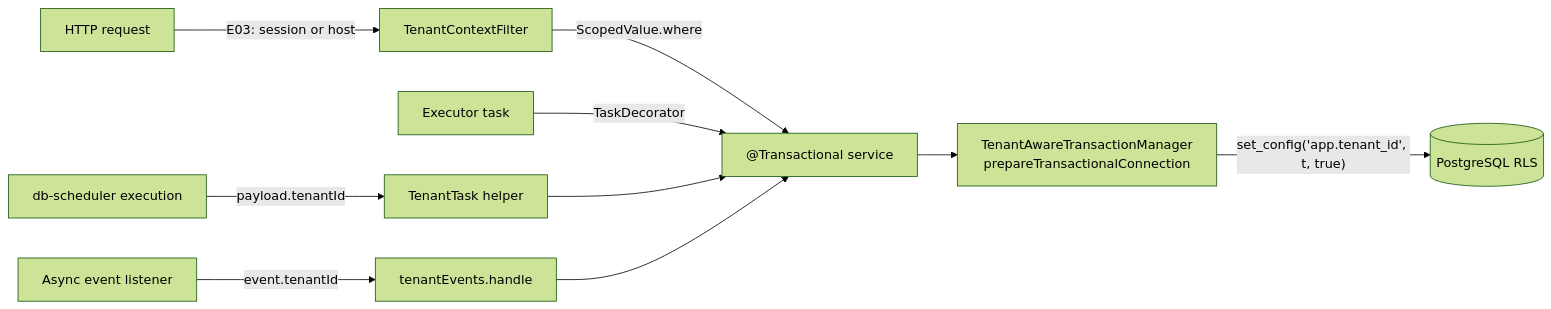
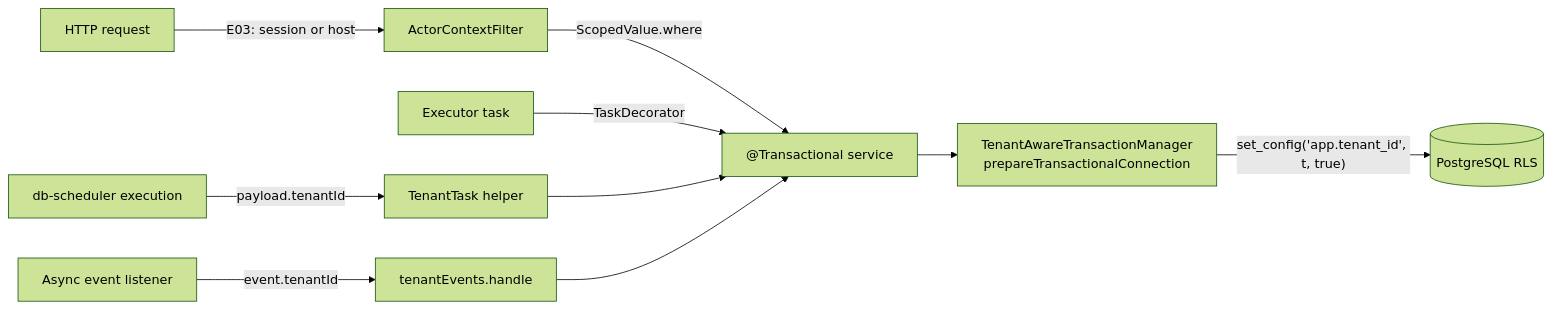
One commit to nazihar/memo-revamp changed the first of 3 diagrams in docs/plan/phase-1a-minimum-core/epic-02-platform-kernel/design.md. Above: the diagram before and after it, drawn with Mermaid (forest theme). The commit also changed other lines of this file and 19 other files, not shown here.

````diff
--- a/docs/plan/phase-1a-minimum-core/epic-02-platform-kernel/design.md
+++ b/docs/plan/phase-1a-minimum-core/epic-02-platform-kernel/design.md
@@ -9,12 +9,12 @@
 ```mermaid
 flowchart LR
-  REQ[HTTP request] -->|E03: session or host| F[TenantContextFilter]
+  REQ[HTTP request] -->|E03: session or host| F[ActorContextFilter]
   F -->|ScopedValue.where| SVC["@Transactional service"]
   JOB[db-scheduler execution] -->|payload.tenantId| TT[TenantTask helper]
   EVT[Async event listener] -->|event.tenantId| TE[tenantEvents.handle]
   EXE[Executor task] -->|TaskDecorator| SVC
   TT --> SVC
   TE --> SVC
   SVC --> TM[TenantAwareTransactionManager<br/>prepareTransactionalConnection]
   TM -->|"set_config('app.tenant_id', t, true)"| PG[(PostgreSQL RLS)]
 ```
````
